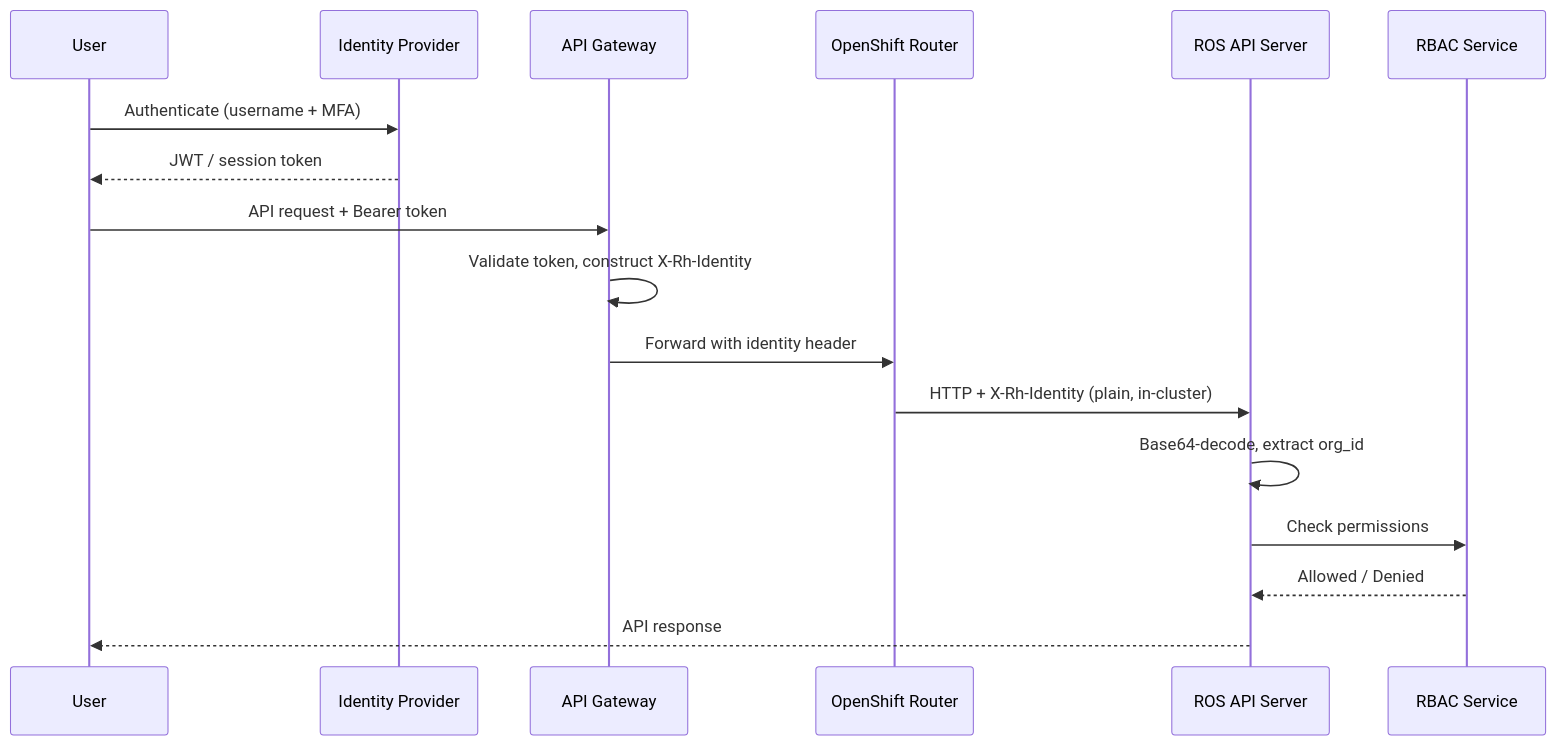
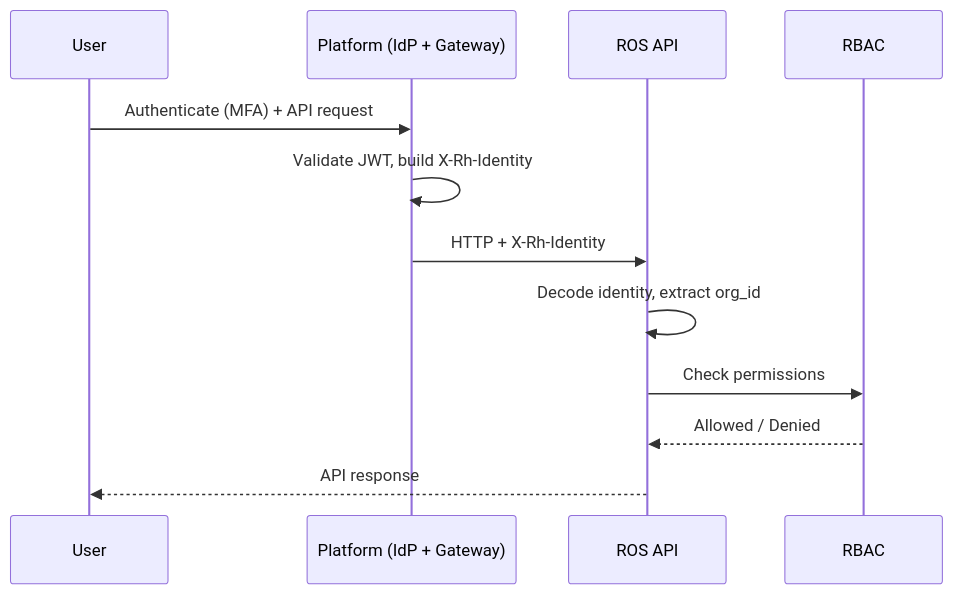
One commit to pgarciaq/ros-ocp-backend changed the second of 2 diagrams in docs-site/security/compliance-architecture.md. Above: the diagram before and after it, drawn with Mermaid. The commit also changed other lines of this file, not shown here.

First line of the commit message:
Simplify compliance diagrams for narrow viewports

````diff
--- a/docs-site/security/compliance-architecture.md
+++ b/docs-site/security/compliance-architecture.md
@@ -88,20 +48,15 @@
 ```mermaid
 sequenceDiagram
     participant User
-    participant IdP as Identity Provider
-    participant GW as API Gateway
-    participant Route as OpenShift Router
-    participant ROS as ROS API Server
-    participant RBAC as RBAC Service
+    participant GW as Platform (IdP + Gateway)
+    participant ROS as ROS API
+    participant RBAC
 
-    User->>IdP: Authenticate (username + MFA)
-    IdP-->>User: JWT / session token
-    User->>GW: API request + Bearer token
-    GW->>GW: Validate token, construct X-Rh-Identity
-    GW->>Route: Forward with identity header
-    Route->>ROS: HTTP + X-Rh-Identity (plain, in-cluster)
-    ROS->>ROS: Base64-decode, extract org_id
+    User->>GW: Authenticate (MFA) + API request
+    GW->>GW: Validate JWT, build X-Rh-Identity
+    GW->>ROS: HTTP + X-Rh-Identity
+    ROS->>ROS: Decode identity, extract org_id
     ROS->>RBAC: Check permissions
     RBAC-->>ROS: Allowed / Denied
     ROS-->>User: API response
 ```
````
